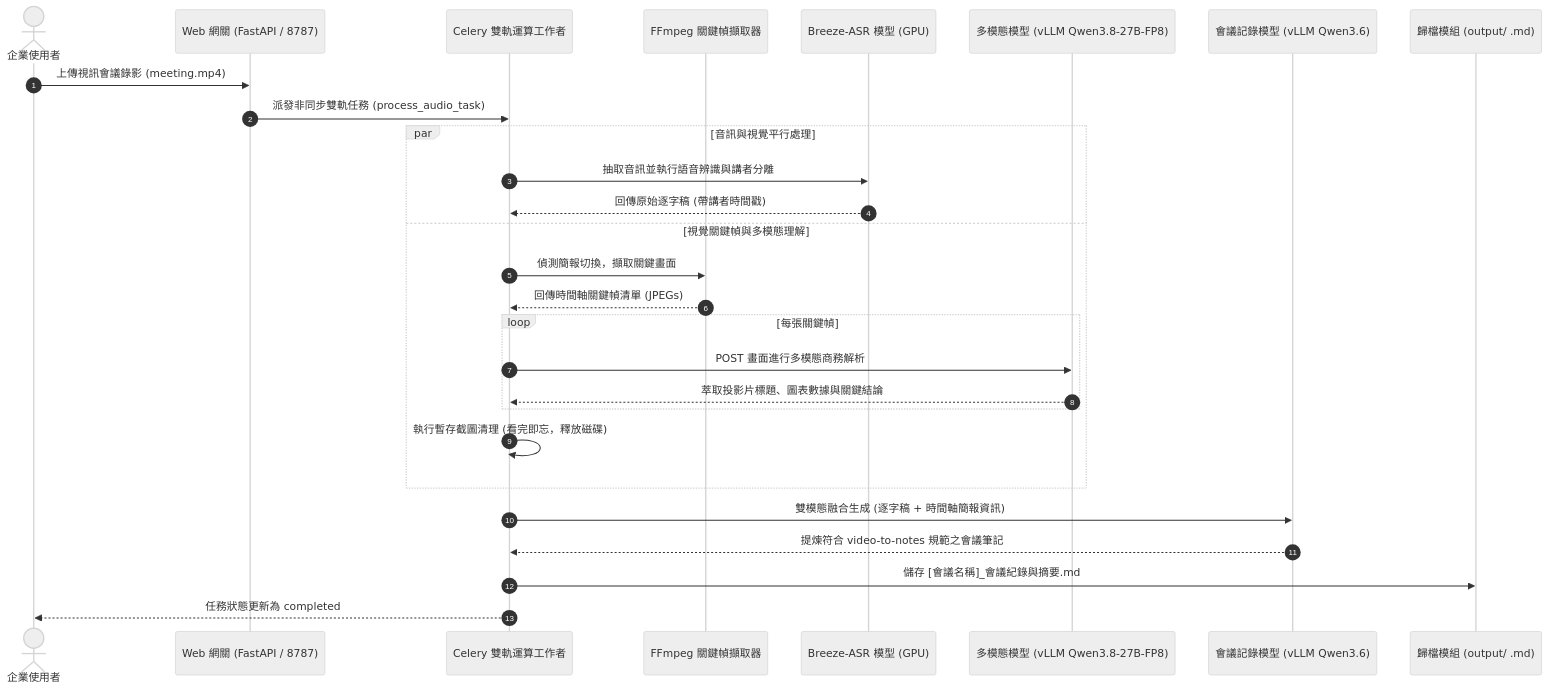
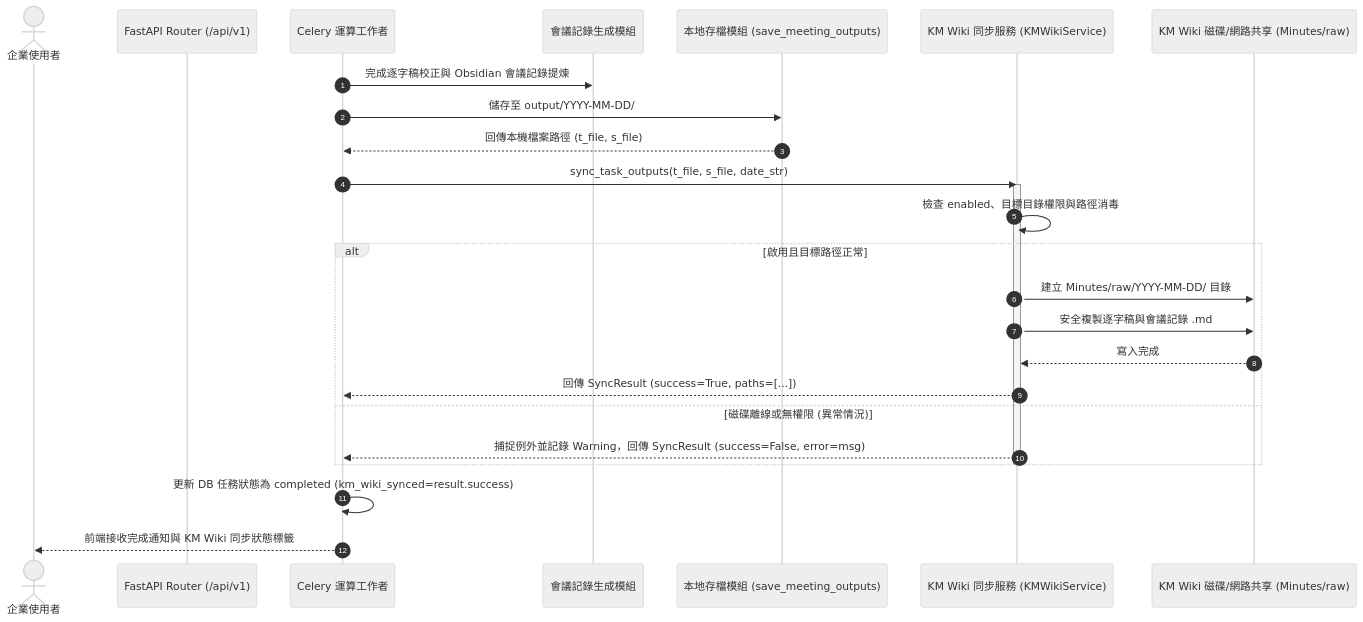
The second of 2 diagrams in SDD.md (JK-Tian/breeze-asr-taigi), drawn with Mermaid (neutral theme) before and after one commit. The commit also changed other lines of this file and 15 other files, not shown here.

Commit message:
feat(km-wiki): 實作 AI 模型端點職責解耦 (8001/8002/8000) 與 KM Wiki Minutes 知識庫 raw 檔區同步

````diff
--- a/SDD.md
+++ b/SDD.md
@@ -38,33 +41,31 @@
 ```mermaid
 sequenceDiagram
     autonumber
     actor User as 企業使用者
-    participant Web as Web 網關 (FastAPI / 8787)
-    participant Worker as Celery 雙軌運算工作者
-    participant Extractor as FFmpeg 關鍵幀擷取器
-    participant ASR as Breeze-ASR 模型 (GPU)
-    participant VLM as 多模態模型 (vLLM Qwen3.8-27B-FP8)
-    participant LLM as 會議記錄模型 (vLLM Qwen3.6)
-    participant Output as 歸檔模組 (output/ .md)
+    participant API as FastAPI Router (/api/v1)
+    participant Worker as Celery 運算工作者
+    participant Minutes as 會議記錄生成模組
+    participant LocalSaver as 本地存檔模組 (save_meeting_outputs)
+    participant KMSync as KM Wiki 同步服務 (KMWikiService)
+    participant FileSys as KM Wiki 磁碟/網路共享 (Minutes/raw)
 
-    User->>Web: 上傳視訊會議錄影 (meeting.mp4)
-    Web->>Worker: 派發非同步雙軌任務 (process_audio_task)
-    
-    par 音訊與視覺平行處理
-        Worker->>ASR: 抽取音訊並執行語音辨識與講者分離
-        ASR-->>Worker: 回傳原始逐字稿 (帶講者時間戳)
-    and 視覺關鍵幀與多模態理解
-        Worker->>Extractor: 偵測簡報切換，擷取關鍵畫面
-        Extractor-->>Worker: 回傳時間軸關鍵幀清單 (JPEGs)
-        loop 每張關鍵幀
-            Worker->>VLM: POST 畫面進行多模態商務解析
-            VLM-->>Worker: 萃取投影片標題、圖表數據與關鍵結論
-        end
-        Worker->>Worker: 執行暫存截圖清理 (看完即忘，釋放磁碟)
+    Worker->>Minutes: 完成逐字稿校正與 Obsidian 會議記錄提煉
+    Worker->>LocalSaver: 儲存至 output/YYYY-MM-DD/
+    LocalSaver-->>Worker: 回傳本機檔案路徑 (t_file, s_file)
+
+    Worker->>KMSync: sync_task_outputs(t_file, s_file, date_str)
+    activate KMSync
+    KMSync->>KMSync: 檢查 enabled、目標目錄權限與路徑消毒
+    alt 啟用且目標路徑正常
+        KMSync->>FileSys: 建立 Minutes/raw/YYYY-MM-DD/ 目錄
+        KMSync->>FileSys: 安全複製逐字稿與會議記錄 .md
+        FileSys-->>KMSync: 寫入完成
+        KMSync-->>Worker: 回傳 SyncResult (success=True, paths=[...])
+    else 磁碟離線或無權限 (異常情況)
+        KMSync-->>Worker: 捕捉例外並記錄 Warning，回傳 SyncResult (success=False, error=msg)
     end
+    deactivate KMSync
 
-    Worker->>LLM: 雙模態融合生成 (逐字稿 + 時間軸簡報資訊)
-    LLM-->>Worker: 提煉符合 video-to-notes 規範之會議筆記
-    Worker->>Output: 儲存 [會議名稱]_會議紀錄與摘要.md
-    Worker-->>User: 任務狀態更新為 completed
+    Worker->>Worker: 更新 DB 任務狀態為 completed (km_wiki_synced=result.success)
+    Worker-->>User: 前端接收完成通知與 KM Wiki 同步狀態標籤
 ```
````
